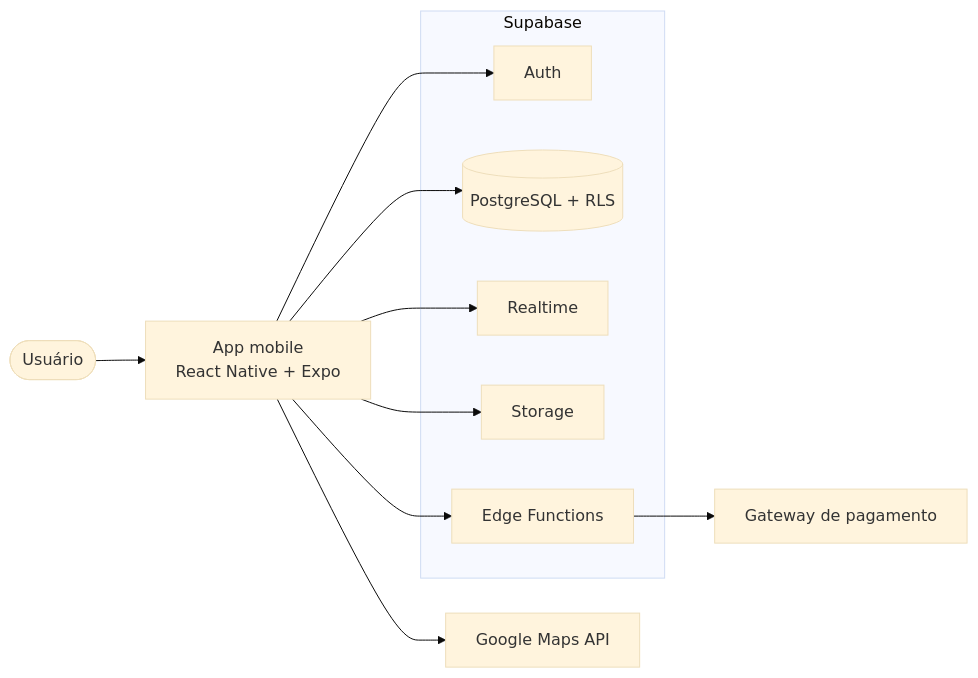
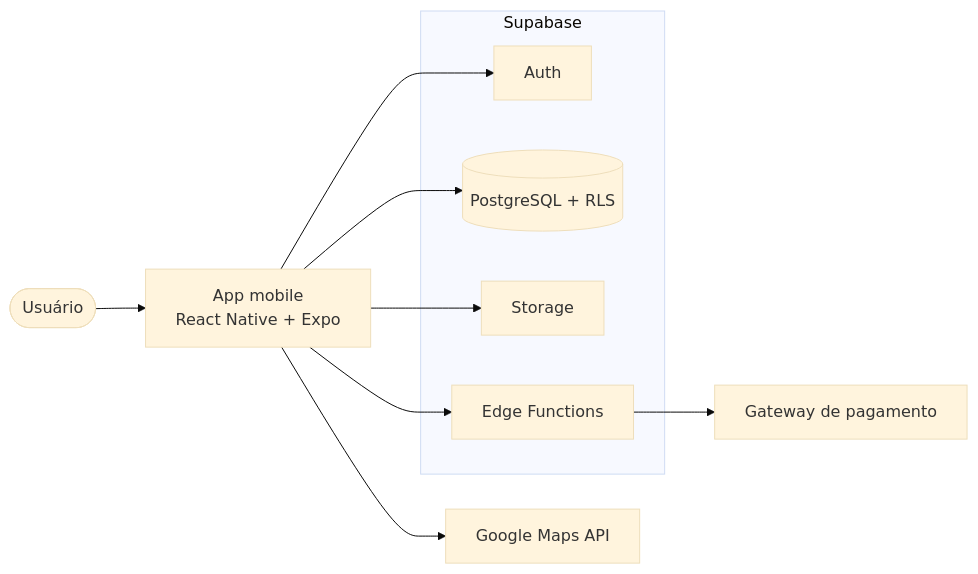
Before and after one commit to IanSalomao/MobileApp.Destrava: the diagram in README.md, drawn with Mermaid (base theme). The commit also changed other lines of this file, not shown here.

Commit message:
(DOC 01): atualiza RF09, RF10 e RF14 e remove Supabase Realtime

````diff
--- a/README.md
+++ b/README.md
@@ -79,20 +79,18 @@
 ```mermaid
 flowchart LR
     U([Usuário]) --> APP[App mobile<br/>React Native + Expo]
     APP --> MAPS[Google Maps API]
 
     subgraph SUPA[Supabase]
         AUTH[Auth]
         DB[(PostgreSQL + RLS)]
-        RT[Realtime]
         ST[Storage]
         EF[Edge Functions]
     end
 
     APP --> AUTH
     APP --> DB
-    APP --> RT
     APP --> ST
     APP --> EF
     EF --> PAY[Gateway de pagamento]
 ```
````
